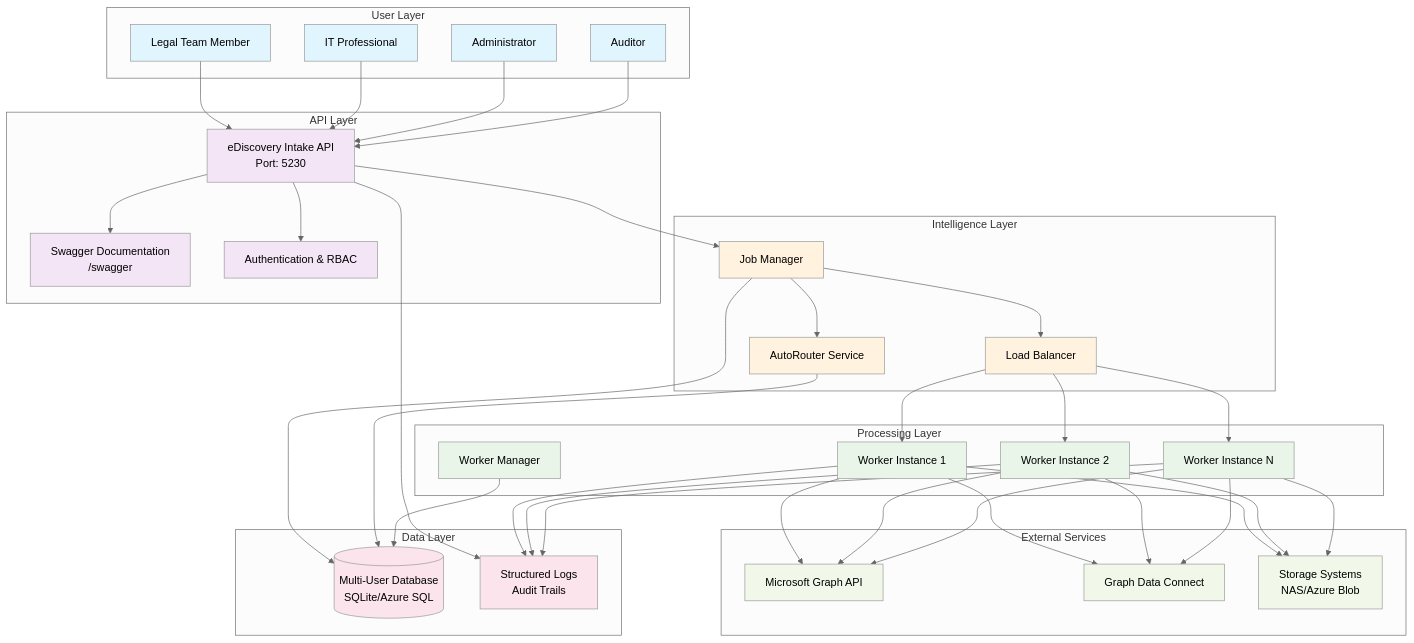
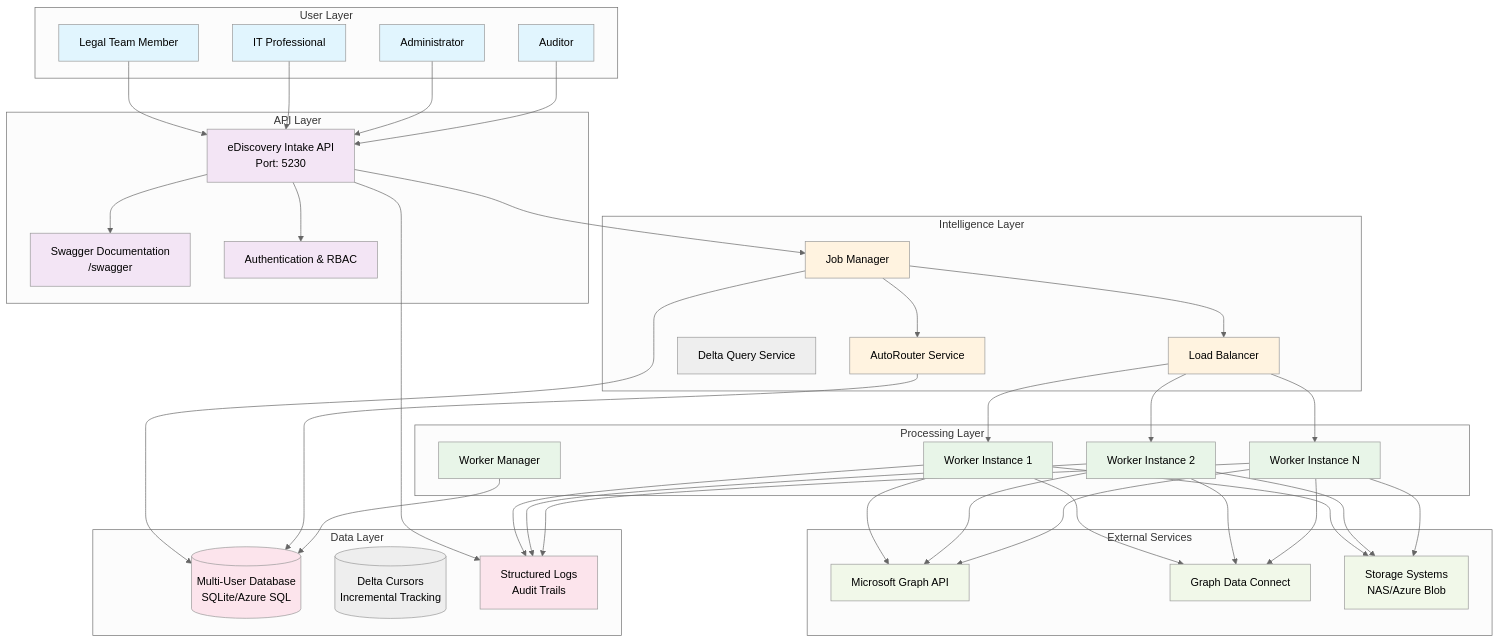
One commit to DeeDee1103/M365Test changed the first of 9 diagrams in docs/Process_Flow_Diagram.md. Above: the diagram before and after it, drawn with Mermaid (neutral theme). The commit also changed other lines of this file and 1024 other files, not shown here.

```diff
--- a/docs/Process_Flow_Diagram.md
+++ b/docs/Process_Flow_Diagram.md
@@ -32,12 +32,14 @@
 
     subgraph "Intelligence Layer"
         AR[AutoRouter Service]
+        DQS[Delta Query Service]
         JM[Job Manager]
         LB[Load Balancer]
     end
 
     subgraph "Data Layer"
         DB[(Multi-User Database<br/>SQLite/Azure SQL)]
+        DC[(Delta Cursors<br/>Incremental Tracking)]
         LOGS[Structured Logs<br/>Audit Trails]
     end
 
```
